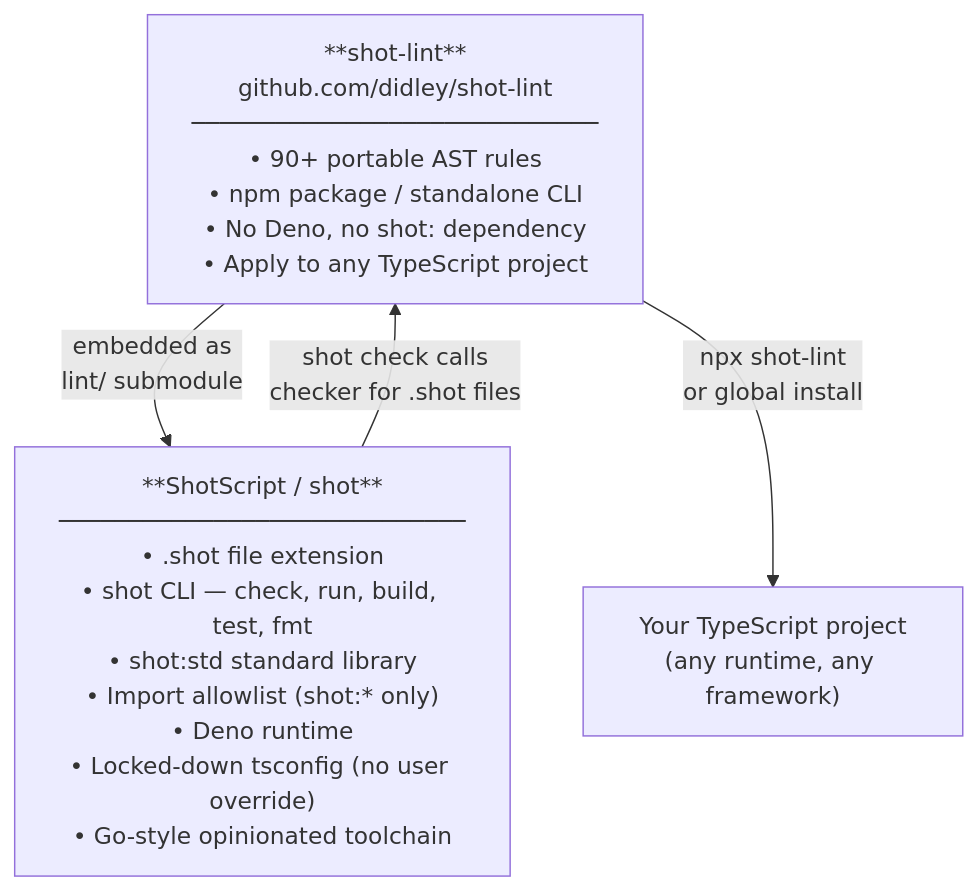
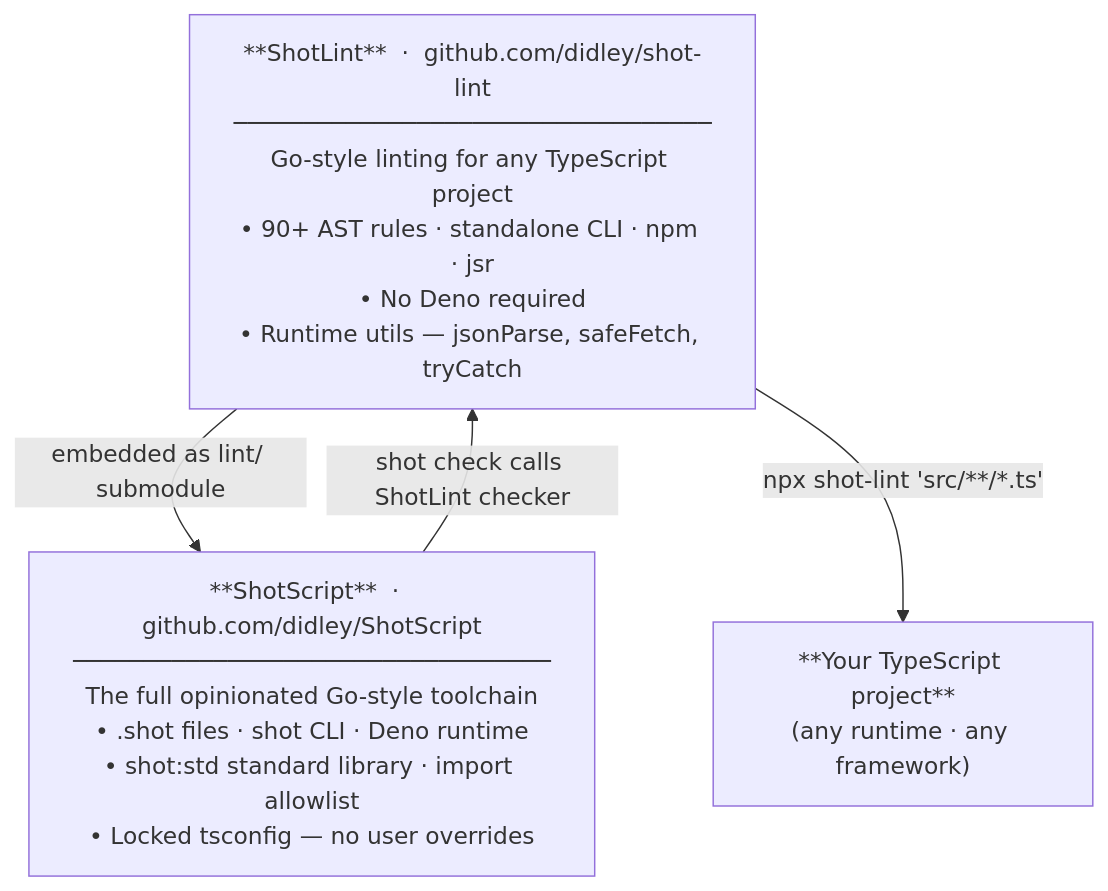
One commit to didley/EspressoScript changed the diagram in README.md. Above: the diagram before and after it, drawn with Mermaid.

Commit message:
Align ecosystem diagram in ShotScript README
Matches the updated ShotLint README diagram — both use identical
structure with ShotLint/ShotScript display names, short tagline
descriptions, consistent separators, and matching arrow labels.

````diff
--- a/README.md
+++ b/README.md
@@ -180,12 +180,12 @@
 ```mermaid
 graph TD
-    SR["**shot-lint**\ngithub.com/didley/shot-lint\n─────────────────────────────\n• 90+ portable AST rules\n• npm package / standalone CLI\n• No Deno, no shot: dependency\n• Apply to any TypeScript project"]
+    SL["**ShotLint**  ·  github.com/didley/shot-lint\n──────────────────────────────────\nGo-style linting for any TypeScript project\n• 90+ AST rules · standalone CLI · npm · jsr\n• No Deno required\n• Runtime utils — jsonParse, safeFetch, tryCatch"]
 
-    SS["**ShotScript / shot**\n─────────────────────────────\n• .shot file extension\n• shot CLI — check, run, build, test, fmt\n• shot:std standard library\n• Import allowlist (shot:* only)\n• Deno runtime\n• Locked-down tsconfig (no user override)\n• Go-style opinionated toolchain"]
+    SS["**ShotScript**  ·  github.com/didley/ShotScript\n──────────────────────────────────\nThe full opinionated Go-style toolchain\n• .shot files · shot CLI · Deno runtime\n• shot:std standard library · import allowlist\n• Locked tsconfig — no user overrides"]
 
-    TS["Your TypeScript project\n(any runtime, any framework)"]
+    TS["**Your TypeScript project**\n(any runtime · any framework)"]
 
-    SR -->|"embedded as\nlint/ submodule"| SS
-    SS -->|"shot check calls\nchecker for .shot files"| SR
-    SR -->|"npx shot-lint\nor global install"| TS
+    SL -->|"embedded as lint/ submodule"| SS
+    SS -->|"shot check calls ShotLint checker"| SL
+    SL -->|"npx shot-lint 'src/**/*.ts'"| TS
 ```
````
